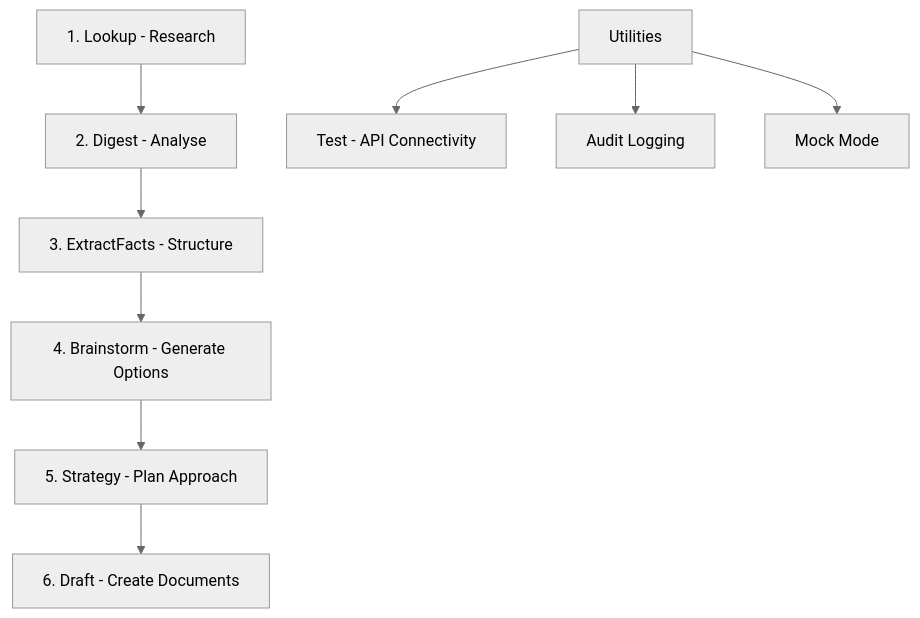
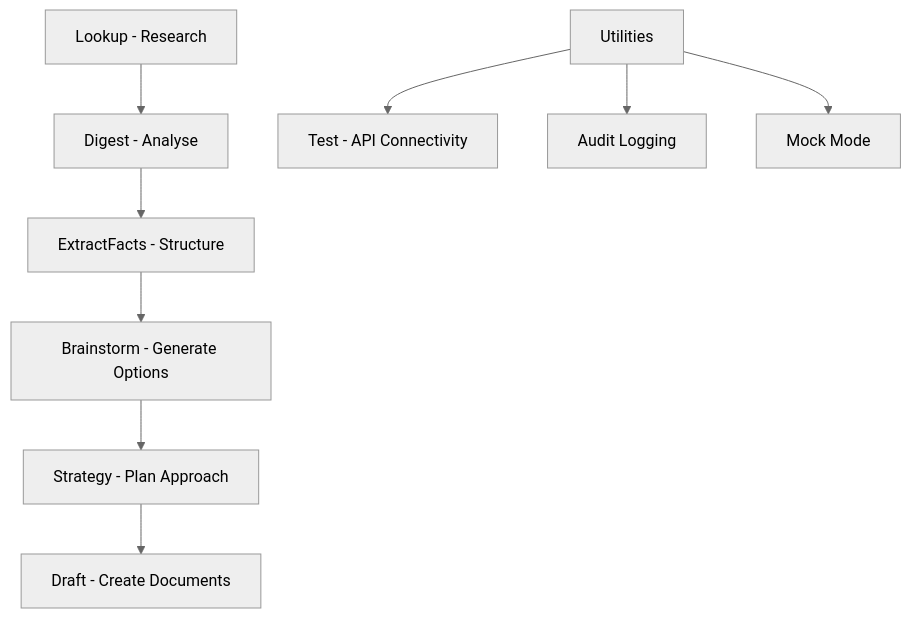
Before and after one commit to agelastic/litassist-priv: the diagram in README.md, drawn with Mermaid (neutral theme). The commit also changed 2 other files, not shown here.

Commit message:
Add extract modes to lookup command for structured output
- Add --extract option with citations, principles, and checklist modes
- Expand documentation with workflow examples and engine combinations
- Update mermaid diagram syntax in user guide and README
- Enable copy-paste ready output for professional legal workflows

````diff
--- a/README.md
+++ b/README.md
@@ -5,12 +5,12 @@
 ```mermaid
 graph TD
-    A[1. Lookup - Research] --> B[2. Digest - Analyse]
-    B --> C[3. ExtractFacts - Structure]
-    C --> D[4. Brainstorm - Generate Options]
-    D --> E[5. Strategy - Plan Approach]
-    E --> F[6. Draft - Create Documents]
+    A["Lookup - Research"] --> B["Digest - Analyse"]
+    B --> C["ExtractFacts - Structure"]
+    C --> D["Brainstorm - Generate Options"]
+    D --> E["Strategy - Plan Approach"]
+    E --> F["Draft - Create Documents"]
     
-    G[Utilities] --> H[Test - API Connectivity]
-    G --> I[Audit Logging]
-    G --> J[Mock Mode]
+    G[Utilities] --> H["Test - API Connectivity"]
+    G --> I["Audit Logging"]
+    G --> J["Mock Mode"]
 ```
````
